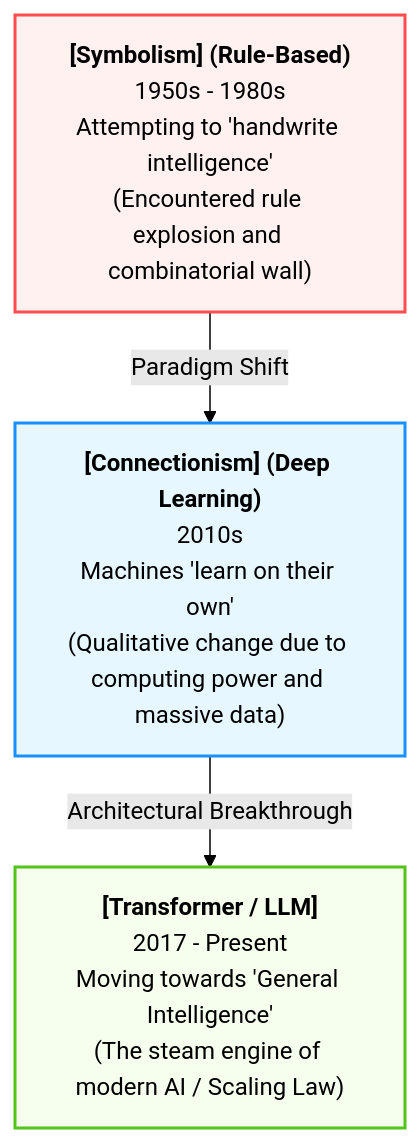
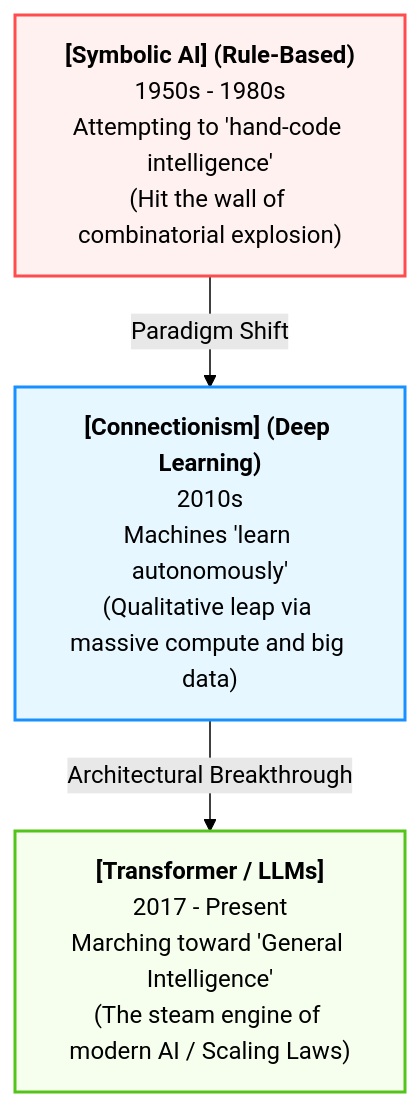
The first of 4 diagrams in i18n/en/docusaurus-plugin-content-docs/current/background.md (ruanqizhen/cocode), drawn with Mermaid (forest theme) before and after one commit. The commit also changed other lines of this file and 41 other files, not shown here.

````diff
--- a/i18n/en/docusaurus-plugin-content-docs/current/background.md
+++ b/i18n/en/docusaurus-plugin-content-docs/current/background.md
@@ -16,20 +15,20 @@
 ```mermaid
 graph TD
     %% Node definitions
-    A["<strong>[Symbolism] (Rule-Based)</strong><br>1950s - 1980s<br>Attempting to 'handwrite intelligence'<br>(Encountered rule explosion and combinatorial wall)"]
-    B["<strong>[Connectionism] (Deep Learning)</strong><br>2010s<br>Machines 'learn on their own'<br>(Qualitative change due to computing power and massive data)"]
-    C["<strong>[Transformer / LLM]</strong><br>2017 - Present<br>Moving towards 'General Intelligence'<br>(The steam engine of modern AI / Scaling Law)"]
+    A["<strong>[Symbolic AI] (Rule-Based)</strong><br>1950s - 1980s<br>Attempting to 'hand-code intelligence'<br>(Hit the wall of combinatorial explosion)"]
+    B["<strong>[Connectionism] (Deep Learning)</strong><br>2010s<br>Machines 'learn autonomously'<br>(Qualitative leap via massive compute and big data)"]
+    C["<strong>[Transformer / LLMs]</strong><br>2017 - Present<br>Marching toward 'General Intelligence'<br>(The steam engine of modern AI / Scaling Laws)"]
 
     %% Connections
     A -->|Paradigm Shift| B
     B -->|Architectural Breakthrough| C
 
     %% Style definitions (Compatible with Light mode as fallback)
     classDef mred fill:#fff1f0,stroke:#ff4d4f,stroke-width:2px;
     classDef mblue fill:#e6f7ff,stroke:#1890ff,stroke-width:2px;
     classDef mgreen fill:#f6ffed,stroke:#52c41a,stroke-width:2px;
 
     class A mred;
     class B mblue;
     class C mgreen;
 ```
````
